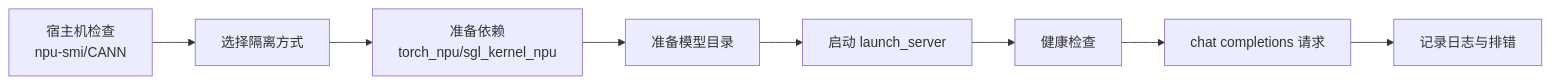
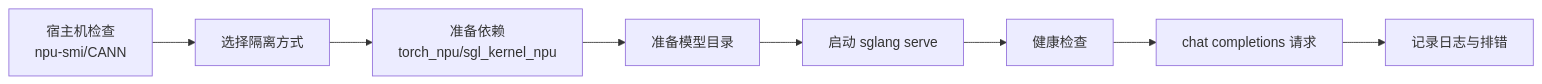
Before and after one commit to cl-vv-h/SGLang_Tutor: the second of 2 diagrams in learning/sglang-ascend-npu/03-launch-and-minimal-serving.md, drawn with Mermaid. The commit also changed other lines of this file and 8 other files, not shown here.

````diff
--- a/learning/sglang-ascend-npu/03-launch-and-minimal-serving.md
+++ b/learning/sglang-ascend-npu/03-launch-and-minimal-serving.md
@@ -122,10 +132,10 @@
 ```mermaid
 flowchart LR
   A["宿主机检查<br/>npu-smi/CANN"] --> B["选择隔离方式"]
   B --> C["准备依赖<br/>torch_npu/sgl_kernel_npu"]
   C --> D["准备模型目录"]
-  D --> E["启动 launch_server"]
+  D --> E["启动 sglang serve"]
   E --> F["健康检查"]
   F --> G["chat completions 请求"]
   G --> H["记录日志与排错"]
 ```
````
